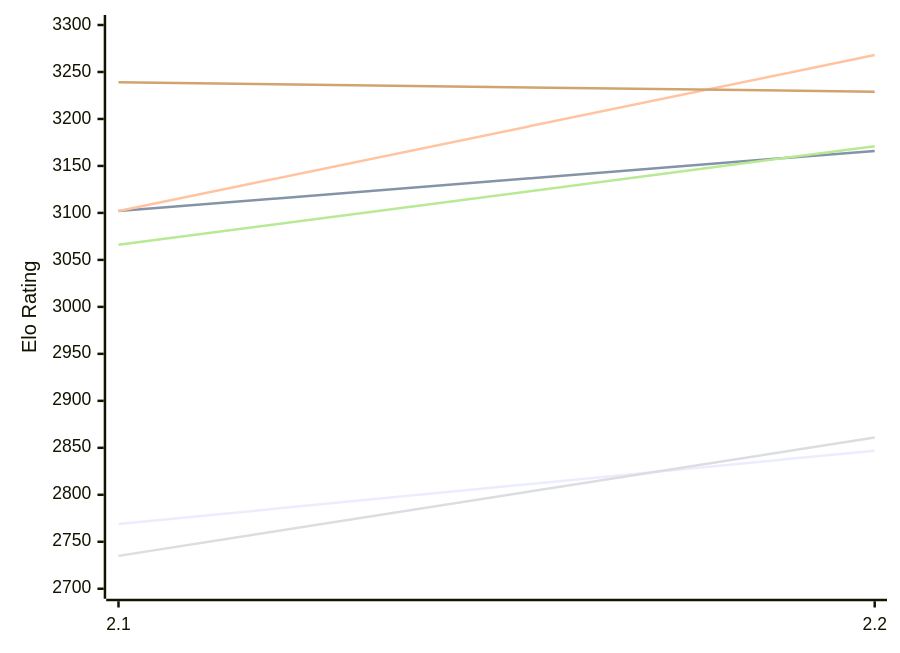
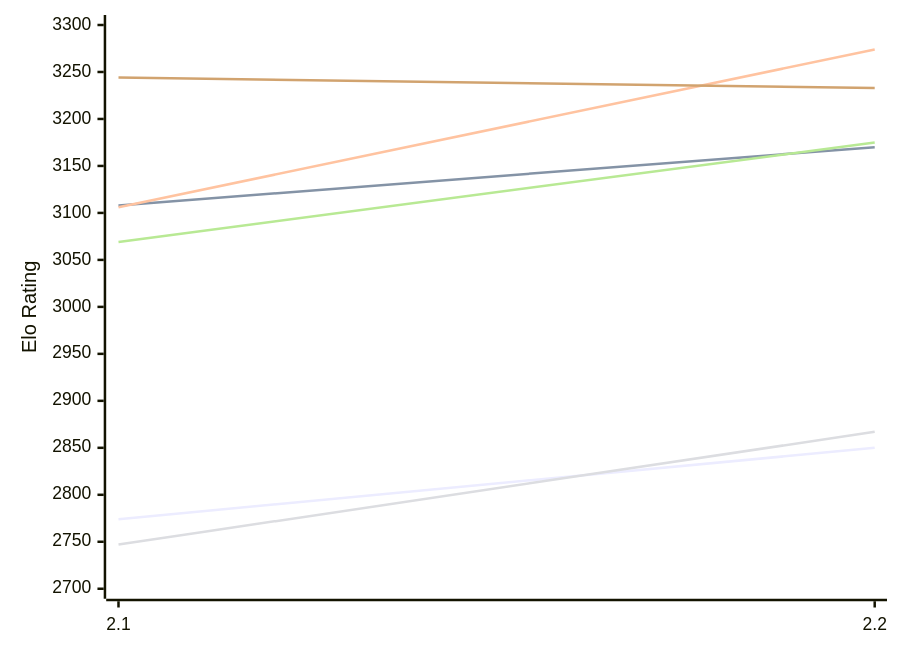
One commit to computer-chess-index/cci changed the first of 2 diagrams in engines/Tunguska.md. Above: the diagram before and after it, drawn with Mermaid. The commit also changed other lines of this file, not shown here.

Commit message:
Update CCI Ratings (ELO VLTC) - 2026-11-20

````diff
--- a/engines/Tunguska.md
+++ b/engines/Tunguska.md
@@ -51,12 +51,12 @@
 ```mermaid
 %%{init: {"theme":"base","themeVariables":{"seriesColors:['#a3a3a3','#222221','#faa371']}}}%%
 xychart-beta
   x-axis ["2.1", "2.2"]
   y-axis "Elo Rating" 2700 --> 3300
-  line "E1: STC (8.0+0.08s)" [2769, 2847]
-  line "E1: LTC (60.0+0.60s)" [3102, 3166]
-  line "E1: VLTC (2m24s+1.12s)" [3102, 3268]
-  line "P1: STC (8.0+0.08s)" [2735, 2861]
-  line "P1: LTC (60.0+0.60s)" [3066, 3171]
-  line "P1: VLTC (2m24s+1.12s)" [3239, 3229]
+  line "E1: STC (8.0+0.08s)" [2774, 2850]
+  line "E1: LTC (60.0+0.60s)" [3108, 3170]
+  line "E1: VLTC (2m24s+1.12s)" [3106, 3274]
+  line "P1: STC (8.0+0.08s)" [2747, 2867]
+  line "P1: LTC (60.0+0.60s)" [3069, 3175]
+  line "P1: VLTC (2m24s+1.12s)" [3244, 3233]
 ```
````
